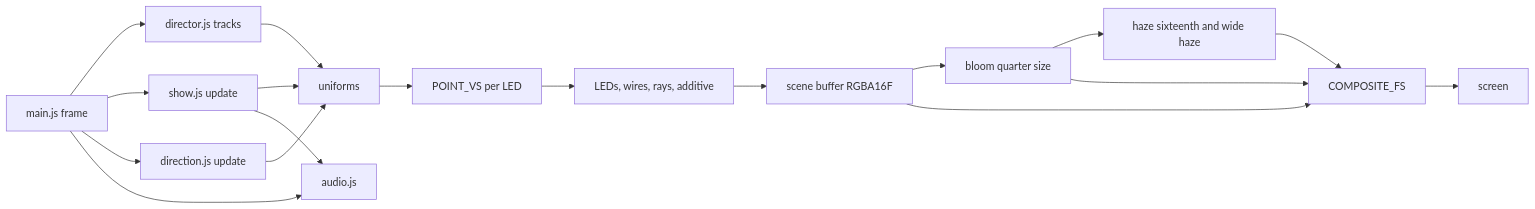
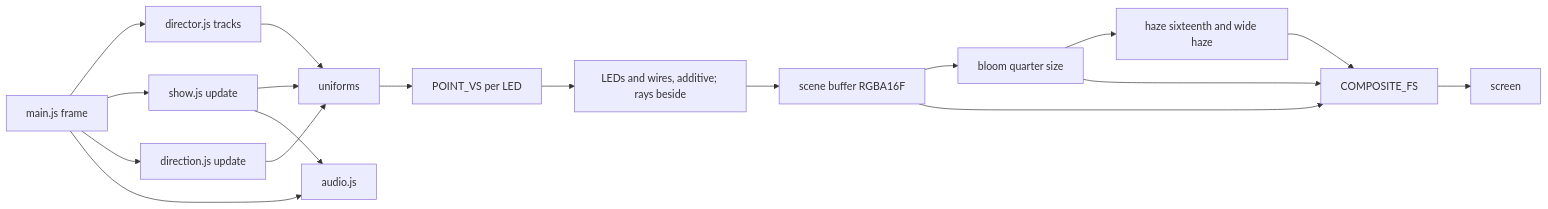
The first of 3 diagrams in docs/design.md (sf624/rain-of-light), drawn with Mermaid before and after one commit. The commit also changed other lines of this file and 20 other files, not shown here.

````diff
--- a/docs/design.md
+++ b/docs/design.md
@@ -172,20 +173,20 @@
 ```mermaid
 flowchart LR
   A["main.js frame"] --> B["director.js tracks"]
   A --> C["show.js update"]
   A --> D["direction.js update"]
   B --> E["uniforms"]
   C --> E
   D --> E
   A --> S["audio.js"]
   C --> S
   E --> F["POINT_VS per LED"]
-  F --> G["LEDs, wires, rays, additive"]
+  F --> G["LEDs and wires, additive; rays beside"]
   G --> H["scene buffer RGBA16F"]
   H --> I["bloom quarter size"]
   I --> J["haze sixteenth and wide haze"]
   H --> K["COMPOSITE_FS"]
   I --> K
   J --> K
   K --> L["screen"]
 ```
````
